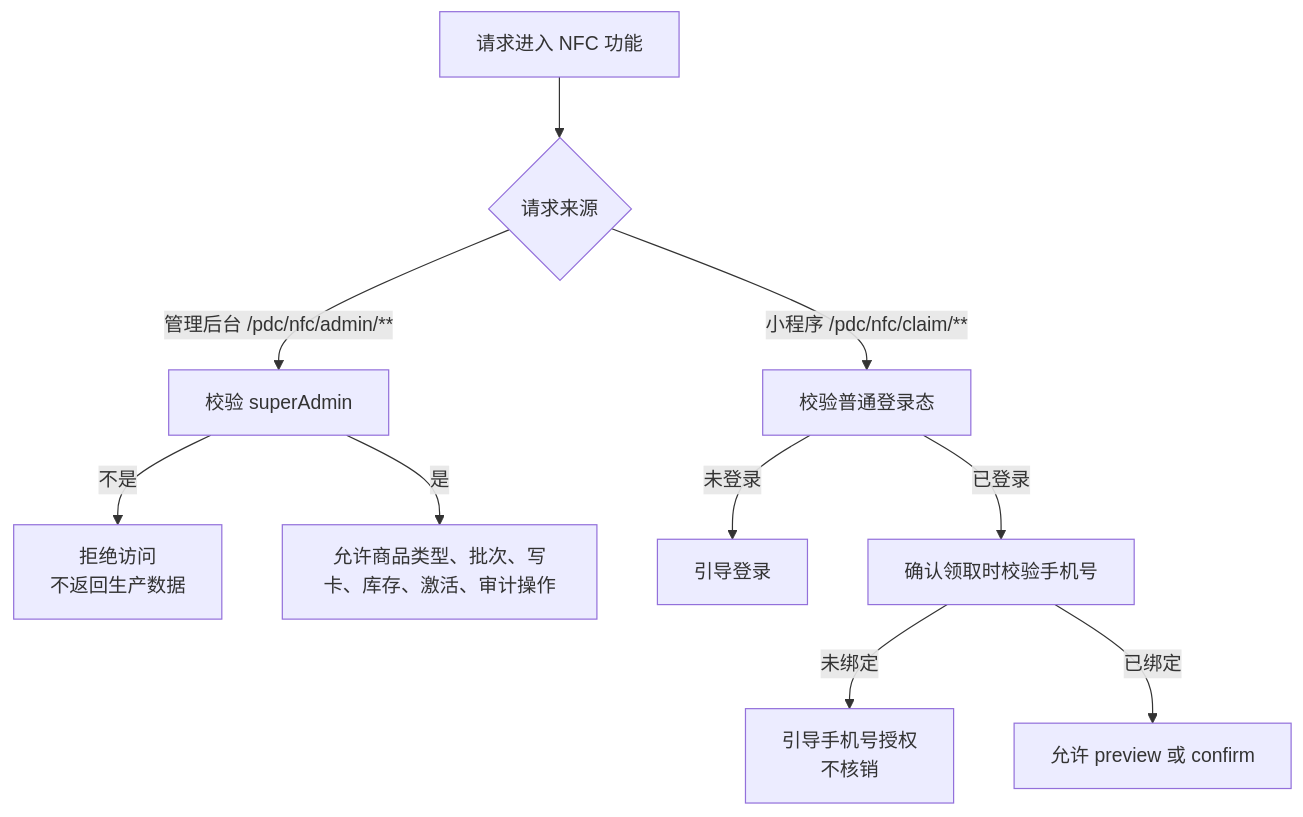
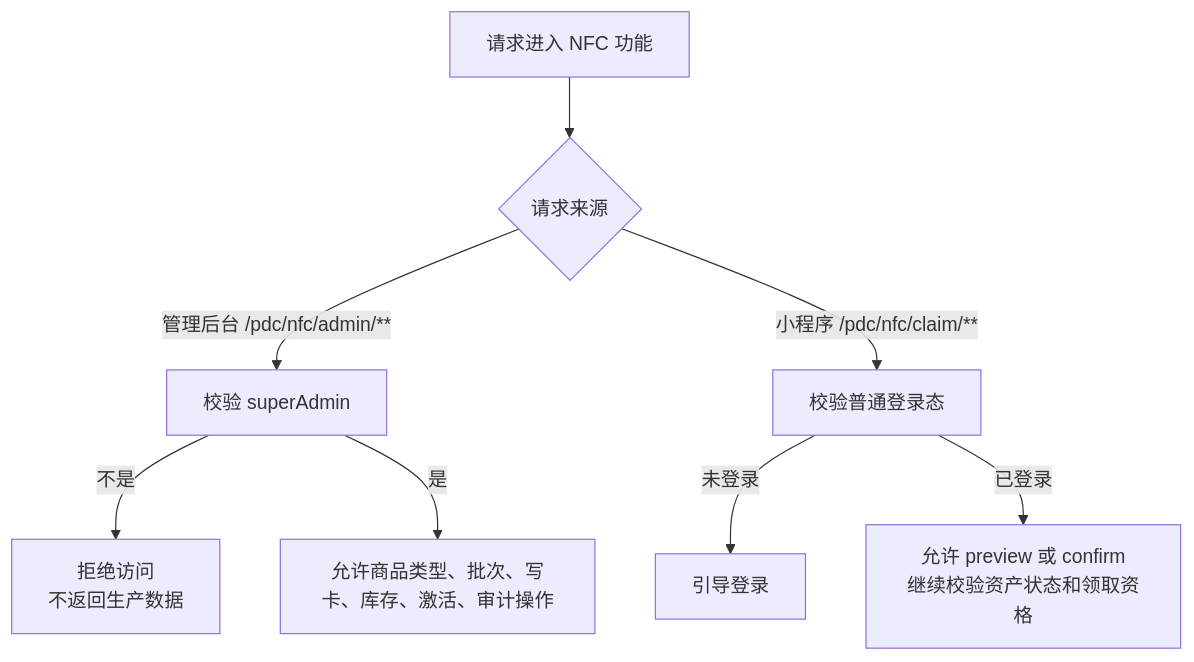
Before and after one commit to haixinke/xiaozhi-esp32-server: diagram 13 of 20 in docs/nfc/egg-nfc-lifecycle-flow.md, drawn with Mermaid. The commit also changed other lines of this file and 104 other files, not shown here.

````diff
--- a/docs/nfc/egg-nfc-lifecycle-flow.md
+++ b/docs/nfc/egg-nfc-lifecycle-flow.md
@@ -478,12 +476,10 @@
 ```mermaid
 flowchart TD
     A["请求进入 NFC 功能"] --> B{"请求来源"}
     B -->|管理后台 /pdc/nfc/admin/**| C["校验 superAdmin"]
     C -->|不是| C1["拒绝访问<br/>不返回生产数据"]
     C -->|是| C2["允许商品类型、批次、写卡、库存、激活、审计操作"]
     B -->|小程序 /pdc/nfc/claim/**| D["校验普通登录态"]
     D -->|未登录| D1["引导登录"]
-    D -->|已登录| E["确认领取时校验手机号"]
-    E -->|未绑定| E1["引导手机号授权<br/>不核销"]
-    E -->|已绑定| E2["允许 preview 或 confirm"]
+    D -->|已登录| E["允许 preview 或 confirm<br/>继续校验资产状态和领取资格"]
 ```
````
